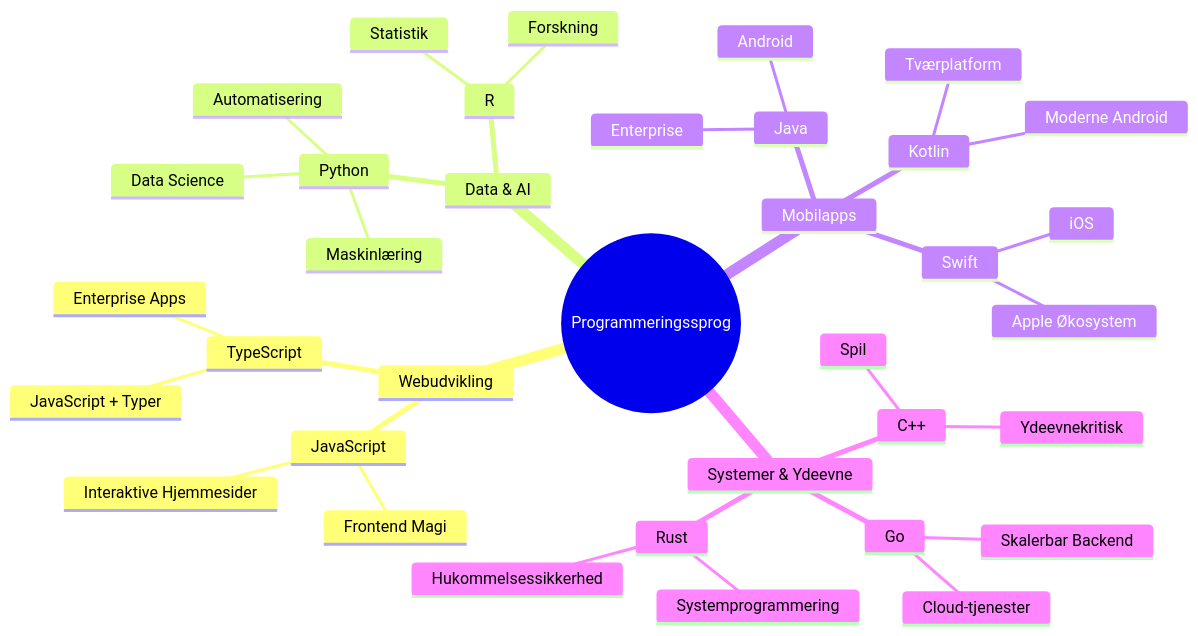
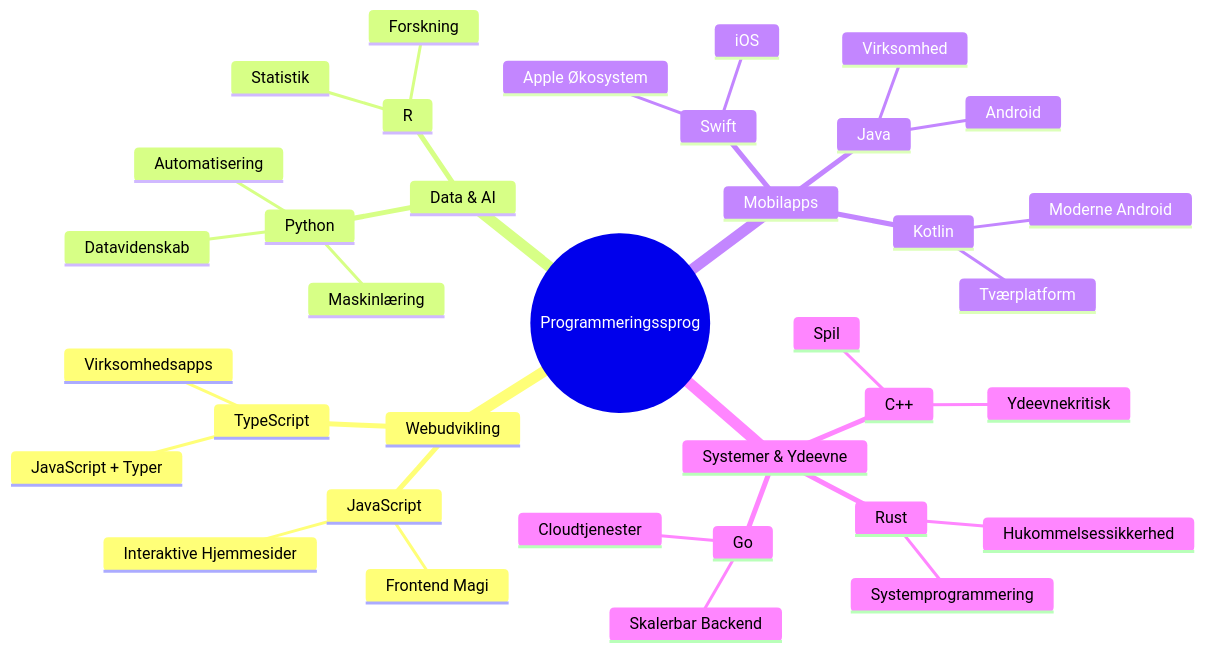
One commit to microsoft/Web-Dev-For-Beginners changed the second of 7 diagrams in translations/da/1-getting-started-lessons/1-intro-to-programming-languages/README.md. Above: the diagram before and after it, drawn with Mermaid. The commit also changed other lines of this file and 8 other files, not shown here.

````diff
--- a/translations/da/1-getting-started-lessons/1-intro-to-programming-languages/README.md
+++ b/translations/da/1-getting-started-lessons/1-intro-to-programming-languages/README.md
@@ -85,39 +85,39 @@
 ```mermaid
 mindmap
   root((Programmeringssprog))
     Webudvikling
       JavaScript
         Frontend Magi
         Interaktive Hjemmesider
       TypeScript
         JavaScript + Typer
-        Enterprise Apps
+        Virksomhedsapps
     Data & AI
       Python
-        Data Science
+        Datavidenskab
         Maskinlæring
         Automatisering
       R
         Statistik
         Forskning
     Mobilapps
       Java
         Android
-        Enterprise
+        Virksomhed
       Swift
         iOS
         Apple Økosystem
       Kotlin
         Moderne Android
         Tværplatform
     Systemer & Ydeevne
       C++
         Spil
         Ydeevnekritisk
       Rust
         Hukommelsessikkerhed
         Systemprogrammering
       Go
-        Cloud-tjenester
+        Cloudtjenester
         Skalerbar Backend
 ```
````
